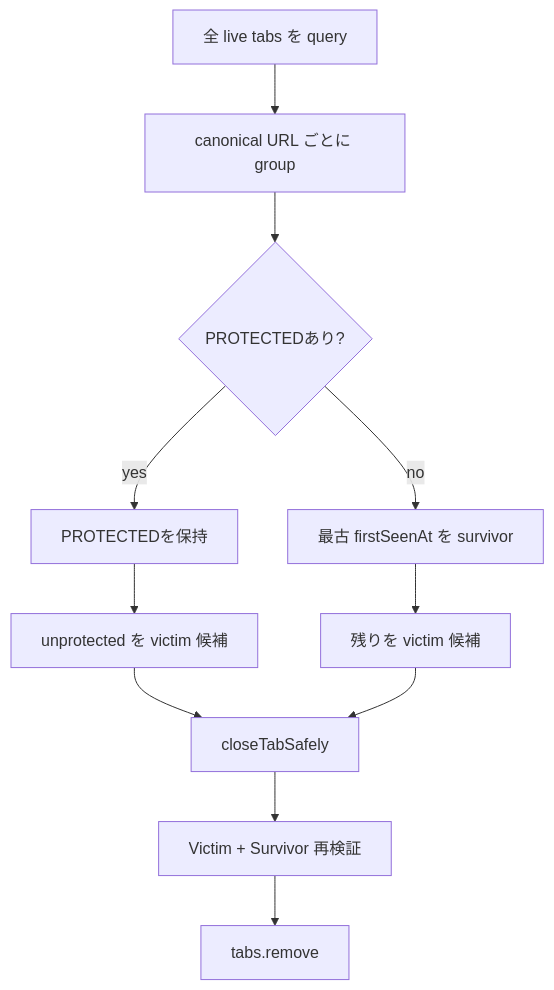
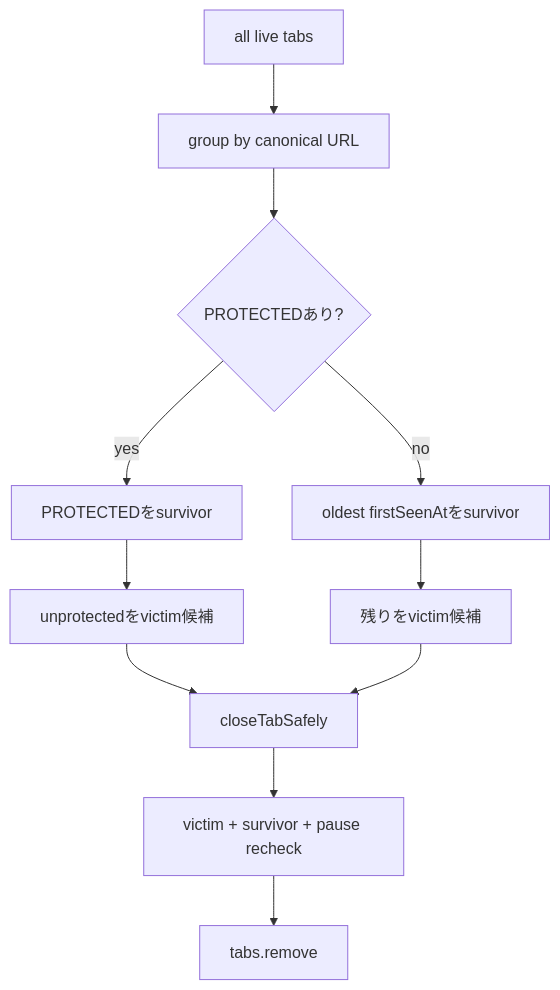
Before and after one commit to Hoyomaru/gofile-tab-manager: the fourth of 5 diagrams in docs/ARCHITECTURE.md, drawn with Mermaid. The commit also changed other lines of this file and 8 other files, not shown here.

````diff
--- a/docs/ARCHITECTURE.md
+++ b/docs/ARCHITECTURE.md
@@ -217,13 +301,13 @@
 ```mermaid
 flowchart TD
-    Query[全 live tabs を query] --> Group[canonical URL ごとに group]
+    Query[all live tabs] --> Group[group by canonical URL]
     Group --> Protected{PROTECTEDあり?}
-    Protected -- yes --> KeepP[PROTECTEDを保持]
-    KeepP --> CloseU[unprotected を victim 候補]
-    Protected -- no --> Oldest[最古 firstSeenAt を survivor]
-    Oldest --> Others[残りを victim 候補]
+    Protected -- yes --> KeepP[PROTECTEDをsurvivor]
+    KeepP --> CloseU[unprotectedをvictim候補]
+    Protected -- no --> Oldest[oldest firstSeenAtをsurvivor]
+    Oldest --> Others[残りをvictim候補]
     CloseU --> Guard[closeTabSafely]
     Others --> Guard
-    Guard --> Recheck[Victim + Survivor 再検証]
+    Guard --> Recheck[victim + survivor + pause recheck]
     Recheck --> Remove[tabs.remove]
 ```
````
